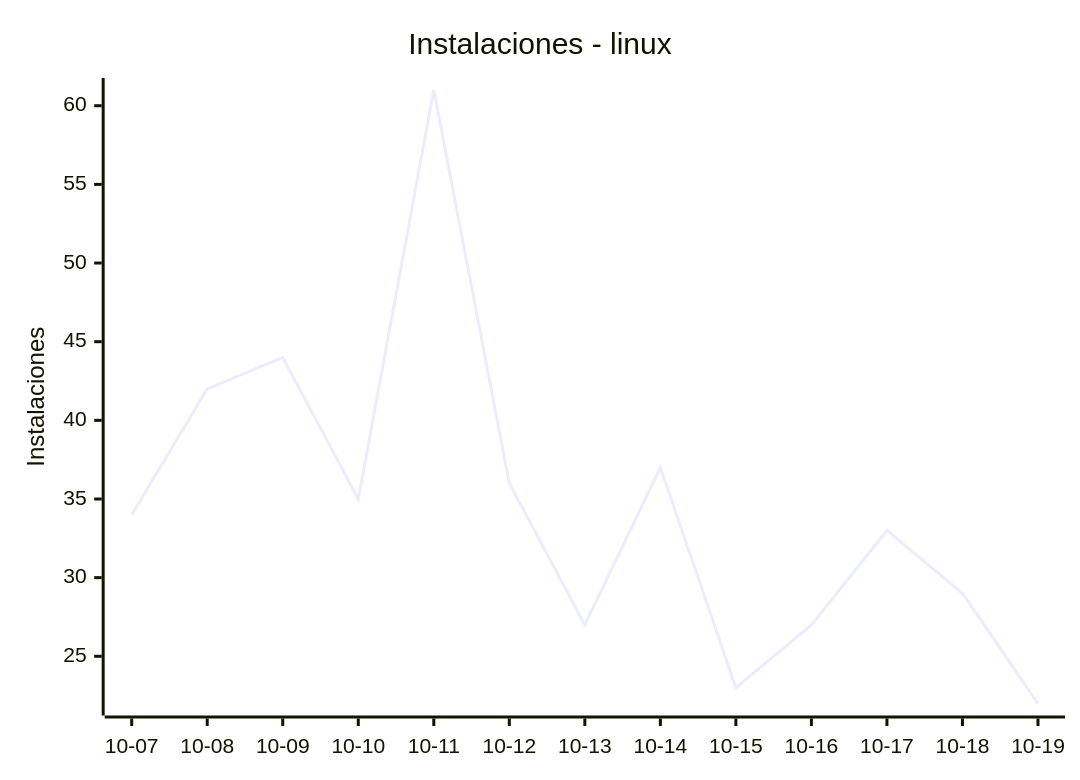
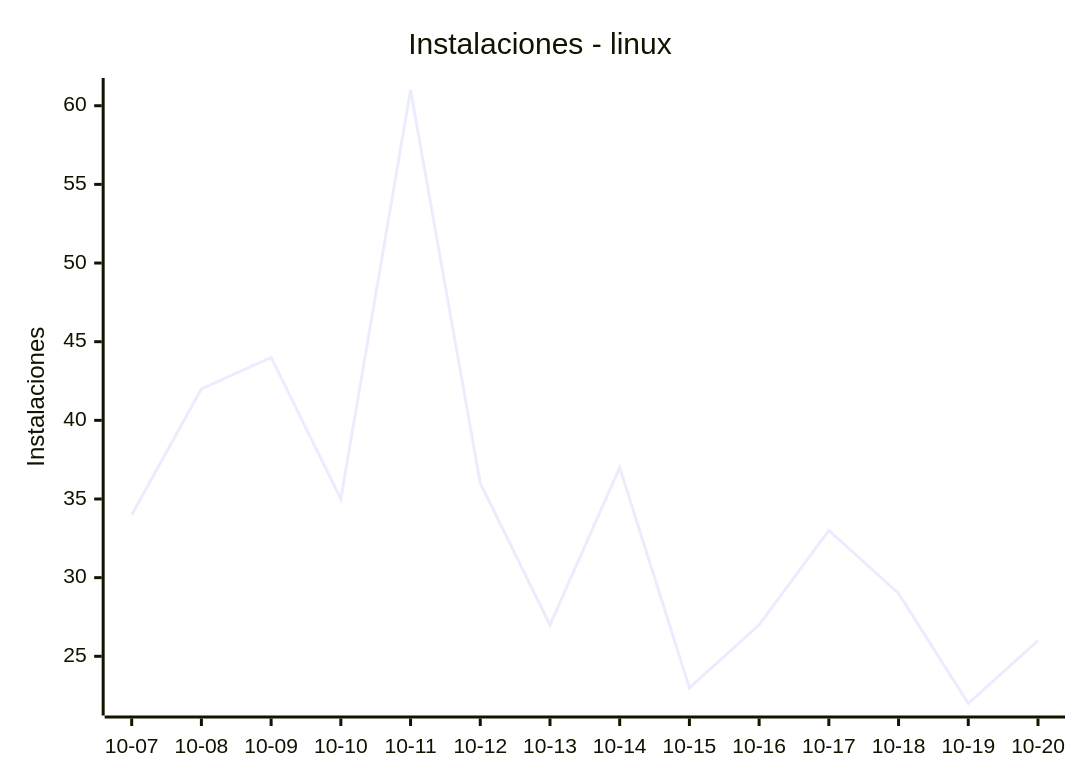
One commit to EmuDeck/stats changed the fourth of 8 diagrams in README.md. Above: the diagram before and after it, drawn with Mermaid. The commit also changed other lines of this file and 2 other files, not shown here.

````diff
--- a/README.md
+++ b/README.md
@@ -52,7 +52,7 @@
 ```mermaid
 xychart-beta
     title "Instalaciones - linux"
-    x-axis ["10-07", "10-08", "10-09", "10-10", "10-11", "10-12", "10-13", "10-14", "10-15", "10-16", "10-17", "10-18", "10-19"]
+    x-axis ["10-07", "10-08", "10-09", "10-10", "10-11", "10-12", "10-13", "10-14", "10-15", "10-16", "10-17", "10-18", "10-19", "10-20"]
     y-axis "Instalaciones"
-    line [34, 42, 44, 35, 61, 36, 27, 37, 23, 27, 33, 29, 22]
+    line [34, 42, 44, 35, 61, 36, 27, 37, 23, 27, 33, 29, 22, 26]
 ```
````
